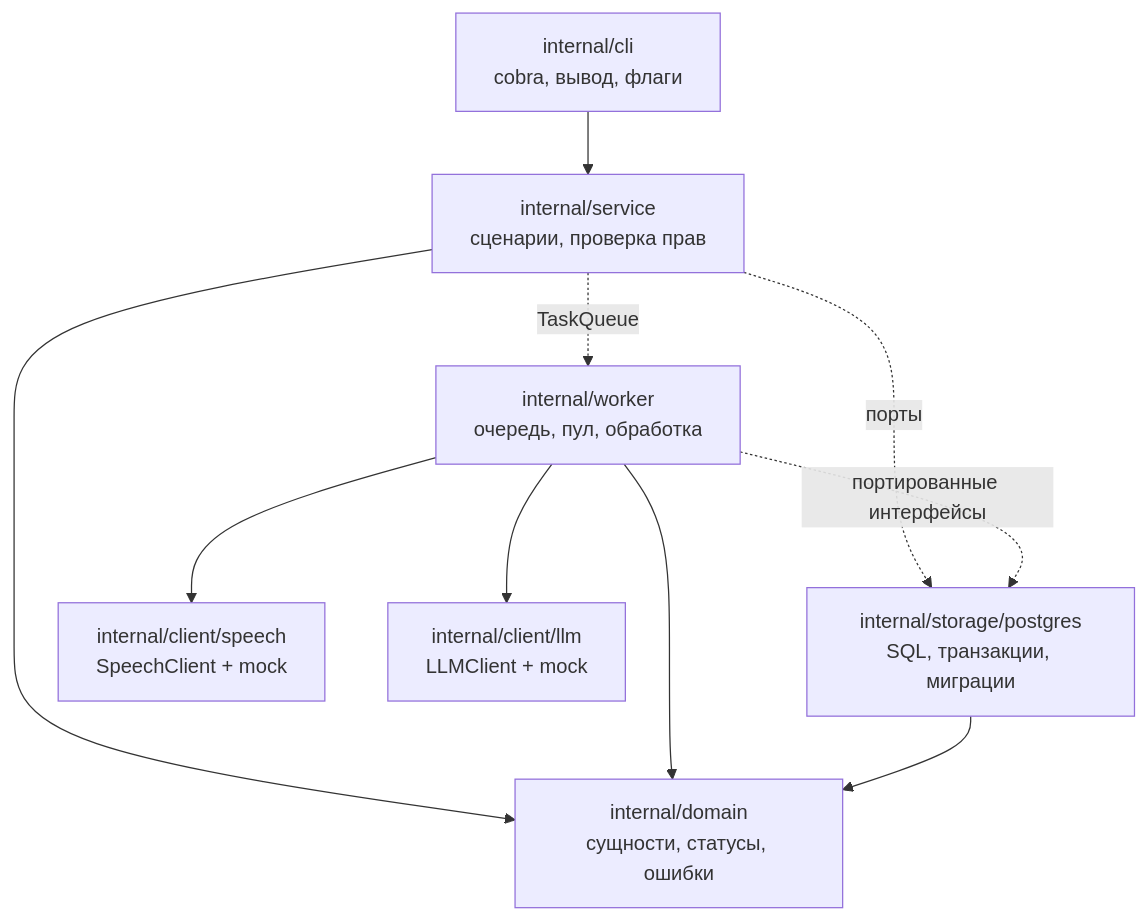
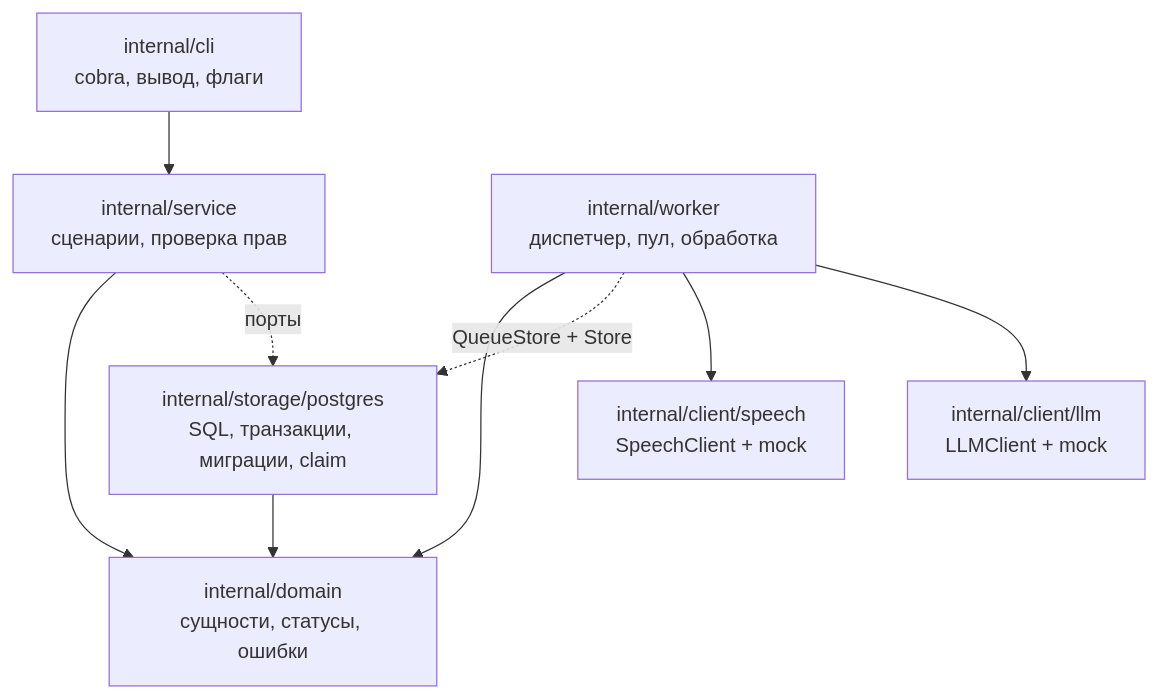
Before and after one commit to subtotalstew/meeting-assistant: the first of 4 diagrams in docs/ARCHITECTURE.md, drawn with Mermaid. The commit also changed other lines of this file and 1 other file, not shown here.

````diff
--- a/docs/ARCHITECTURE.md
+++ b/docs/ARCHITECTURE.md
@@ -8,20 +8,19 @@
 ```mermaid
 flowchart TD
     CLI["internal/cli<br/>cobra, вывод, флаги"]
     SVC["internal/service<br/>сценарии, проверка прав"]
     DOM["internal/domain<br/>сущности, статусы, ошибки"]
-    PG["internal/storage/postgres<br/>SQL, транзакции, миграции"]
+    PG["internal/storage/postgres<br/>SQL, транзакции, миграции, claim"]
     CLI2["internal/client/speech<br/>SpeechClient + mock"]
     CLI3["internal/client/llm<br/>LLMClient + mock"]
-    WK["internal/worker<br/>очередь, пул, обработка"]
+    WK["internal/worker<br/>диспетчер, пул, обработка"]
 
     CLI --> SVC
     SVC --> DOM
     SVC -.->|порты| PG
-    SVC -.->|TaskQueue| WK
     WK --> DOM
-    WK -.->|портированные интерфейсы| PG
+    WK -.->|QueueStore + Store| PG
     WK --> CLI2
     WK --> CLI3
     PG --> DOM
 ```
````
